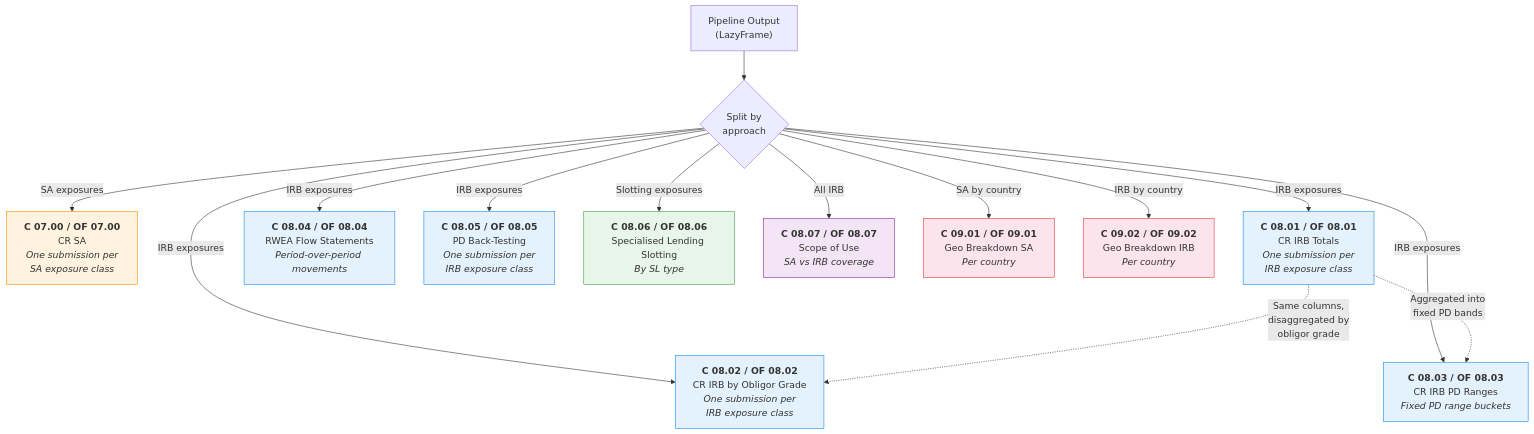
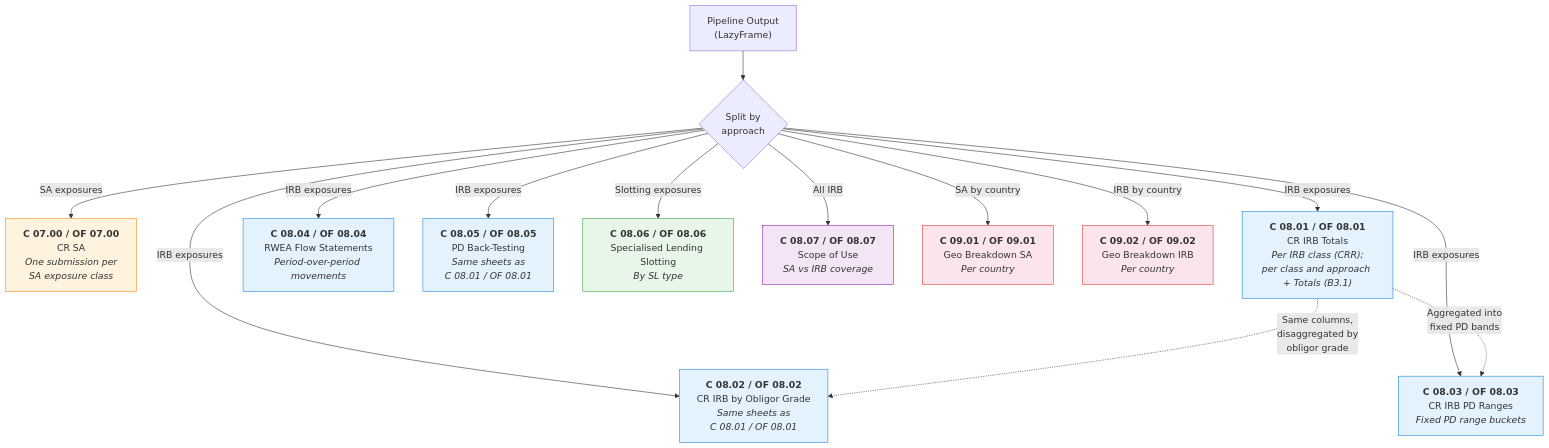
The first of 3 diagrams in docs/features/corep-reporting.md (OpenAfterHours/rwa_calculator), drawn with Mermaid before and after one commit. The commit also changed other lines of this file and 106 other files, not shown here.

````diff
--- a/docs/features/corep-reporting.md
+++ b/docs/features/corep-reporting.md
@@ -20,39 +20,39 @@
 ```mermaid
 flowchart TD
     P["Pipeline Output<br/>(LazyFrame)"] --> SPLIT{"Split by<br/>approach"}
 
     SPLIT -->|SA exposures| C07["<b>C 07.00 / OF 07.00</b><br/>CR SA<br/><i>One submission per<br/>SA exposure class</i>"]
 
-    SPLIT -->|IRB exposures| C0801["<b>C 08.01 / OF 08.01</b><br/>CR IRB Totals<br/><i>One submission per<br/>IRB exposure class</i>"]
+    SPLIT -->|IRB exposures| C0801["<b>C 08.01 / OF 08.01</b><br/>CR IRB Totals<br/><i>Per IRB class (CRR);<br/>per class and approach + Totals (B3.1)</i>"]
 
-    SPLIT -->|IRB exposures| C0802["<b>C 08.02 / OF 08.02</b><br/>CR IRB by Obligor Grade<br/><i>One submission per<br/>IRB exposure class</i>"]
+    SPLIT -->|IRB exposures| C0802["<b>C 08.02 / OF 08.02</b><br/>CR IRB by Obligor Grade<br/><i>Same sheets as<br/>C 08.01 / OF 08.01</i>"]
 
     SPLIT -->|IRB exposures| C0803["<b>C 08.03 / OF 08.03</b><br/>CR IRB PD Ranges<br/><i>Fixed PD range buckets</i>"]
 
     SPLIT -->|IRB exposures| C0804["<b>C 08.04 / OF 08.04</b><br/>RWEA Flow Statements<br/><i>Period-over-period movements</i>"]
 
-    SPLIT -->|IRB exposures| C0805["<b>C 08.05 / OF 08.05</b><br/>PD Back-Testing<br/><i>One submission per<br/>IRB exposure class</i>"]
+    SPLIT -->|IRB exposures| C0805["<b>C 08.05 / OF 08.05</b><br/>PD Back-Testing<br/><i>Same sheets as<br/>C 08.01 / OF 08.01</i>"]
 
     SPLIT -->|Slotting exposures| C0806["<b>C 08.06 / OF 08.06</b><br/>Specialised Lending Slotting<br/><i>By SL type</i>"]
 
     SPLIT -->|All IRB| C0807["<b>C 08.07 / OF 08.07</b><br/>Scope of Use<br/><i>SA vs IRB coverage</i>"]
 
     SPLIT -->|SA by country| C0901["<b>C 09.01 / OF 09.01</b><br/>Geo Breakdown SA<br/><i>Per country</i>"]
 
     SPLIT -->|IRB by country| C0902["<b>C 09.02 / OF 09.02</b><br/>Geo Breakdown IRB<br/><i>Per country</i>"]
 
     C0801 -.->|"Same columns,<br/>disaggregated by<br/>obligor grade"| C0802
 
     C0801 -.->|"Aggregated into<br/>fixed PD bands"| C0803
 
     style C07 fill:#fff3e0,stroke:#fb8c00
     style C0801 fill:#e3f2fd,stroke:#1e88e5
     style C0802 fill:#e3f2fd,stroke:#1e88e5
     style C0803 fill:#e3f2fd,stroke:#1e88e5
     style C0804 fill:#e3f2fd,stroke:#1e88e5
     style C0805 fill:#e3f2fd,stroke:#1e88e5
     style C0806 fill:#e8f5e9,stroke:#43a047
     style C0807 fill:#f3e5f5,stroke:#8e24aa
     style C0901 fill:#fce4ec,stroke:#e53935
     style C0902 fill:#fce4ec,stroke:#e53935
 ```
````
